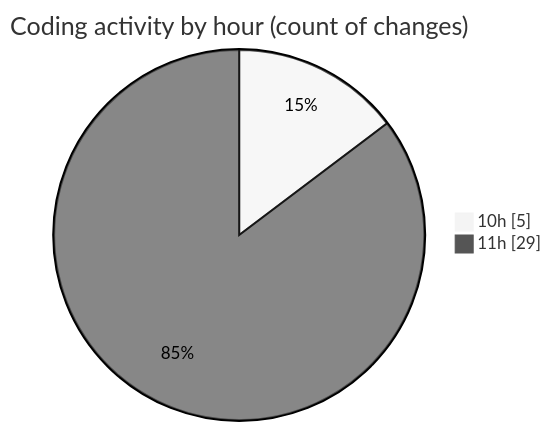
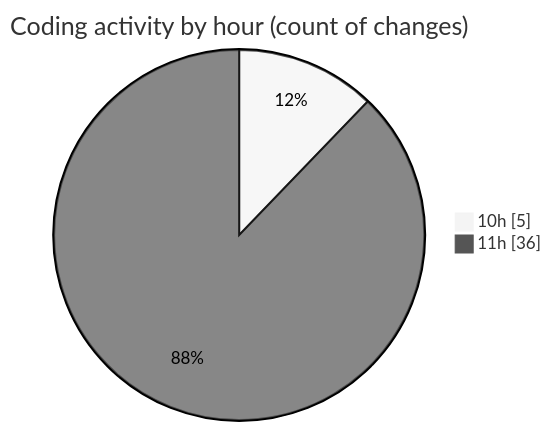
Before and after one commit to momahboobian/code-tracking: the second of 2 diagrams in 2025-06-17/cda/README.md, drawn with Mermaid (neutral theme). The commit also changed other lines of this file and 1 other file, not shown here.

````diff
--- a/2025-06-17/cda/README.md
+++ b/2025-06-17/cda/README.md
@@ -29,6 +29,6 @@
 ```mermaid
 pie showData
 title Coding activity by hour (count of changes)
 "10h" : 5
-"11h" : 29
+"11h" : 36
 ```
````
